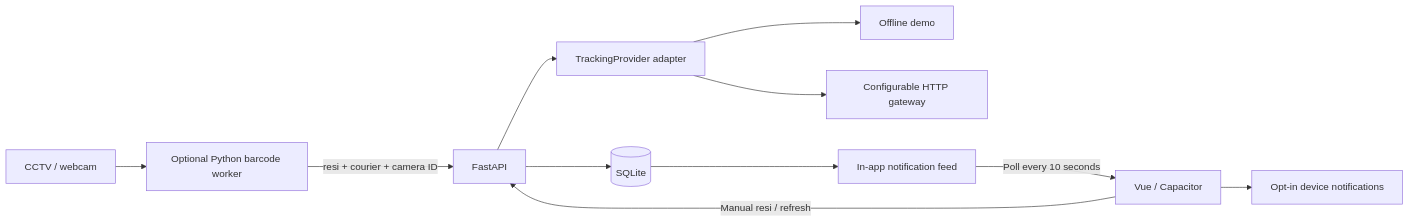
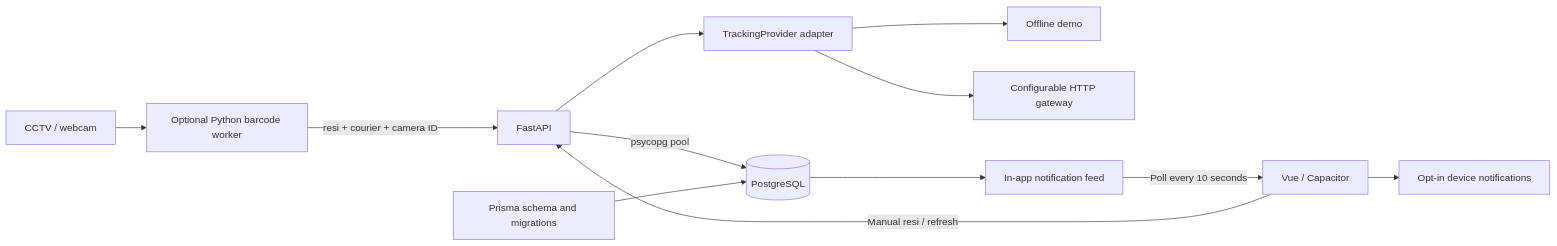
Before and after one commit to ahmadnaufal-f/cekrir: the diagram in docs/architecture.md, drawn with Mermaid. The commit also changed other lines of this file and 28 other files, not shown here.

Commit message:
feat: use PostgreSQL with Prisma-managed migrations

````diff
--- a/docs/architecture.md
+++ b/docs/architecture.md
@@ -5,13 +5,14 @@
 ```mermaid
 flowchart LR
   Camera[CCTV / webcam] --> Scanner[Optional Python barcode worker]
   Scanner -->|resi + courier + camera ID| API[FastAPI]
   UI[Vue / Capacitor] -->|Manual resi / refresh| API
   API --> Provider[TrackingProvider adapter]
   Provider --> Demo[Offline demo]
   Provider --> Gateway[Configurable HTTP gateway]
-  API --> DB[(SQLite)]
+  API -->|psycopg pool| DB[(PostgreSQL)]
+  Prisma[Prisma schema and migrations] --> DB
   DB --> Feed[In-app notification feed]
   Feed -->|Poll every 10 seconds| UI
   UI --> Alerts[Opt-in device notifications]
 ```
````
